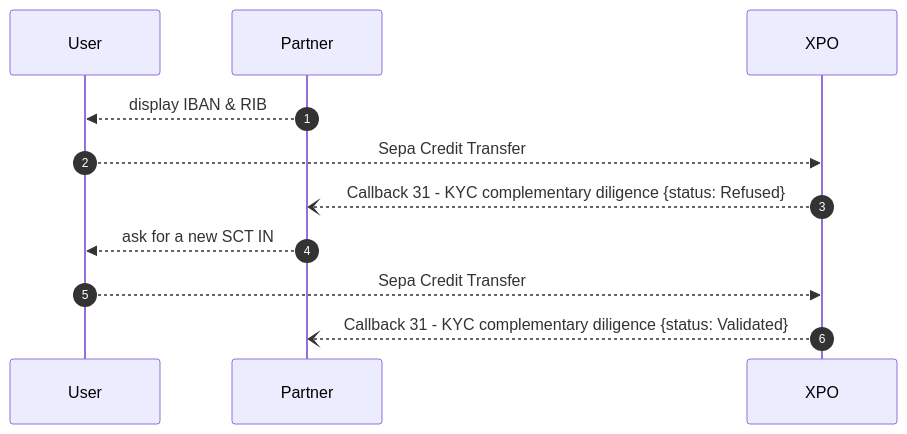
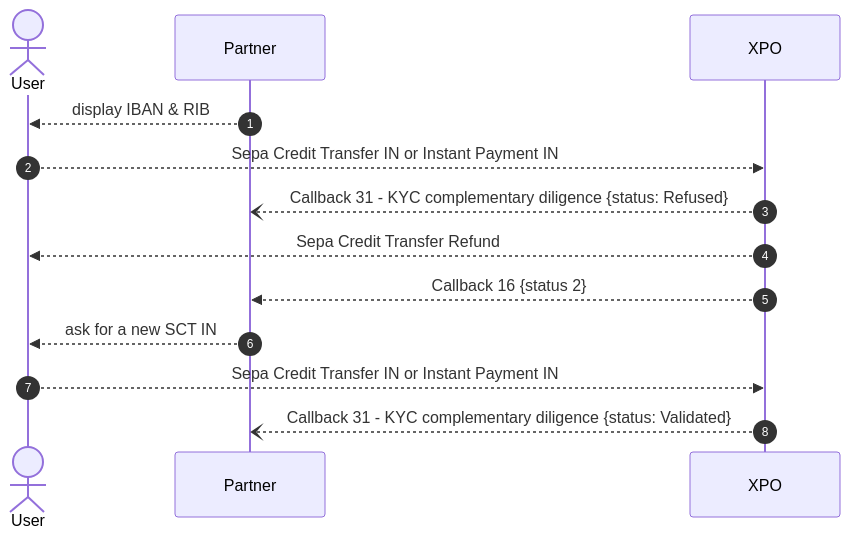
The tenth of 11 diagrams in docs/usecases/users/onboarding/1_kyc/1_netheos.md (pomme-clic/s-money-documentation), drawn with Mermaid before and after one commit. The commit also changed other lines of this file, not shown here.

````diff
--- a/docs/usecases/users/onboarding/1_kyc/1_netheos.md
+++ b/docs/usecases/users/onboarding/1_kyc/1_netheos.md
@@ -591,15 +587,17 @@
 ```mermaid
 sequenceDiagram
 autoNumber
-Participant User
+Actor User
 Participant Partner
 Participant XPO
 
 	Partner -->> User: display IBAN & RIB
-	User -->> XPO: Sepa Credit Transfer
+    User -->> XPO: Sepa Credit Transfer IN or Instant Payment IN
 	XPO --) Partner : Callback 31 - KYC complementary diligence {status: Refused}
+        XPO -->> User : Sepa Credit Transfer Refund
+        XPO -->> Partner : Callback 16 {status 2}
 	Partner -->> User: ask for a new SCT IN 
-	User -->> XPO: Sepa Credit Transfer
+    User -->> XPO: Sepa Credit Transfer IN or Instant Payment IN
 	XPO --) Partner : Callback 31 - KYC complementary diligence {status: Validated}
 
 ```
````
